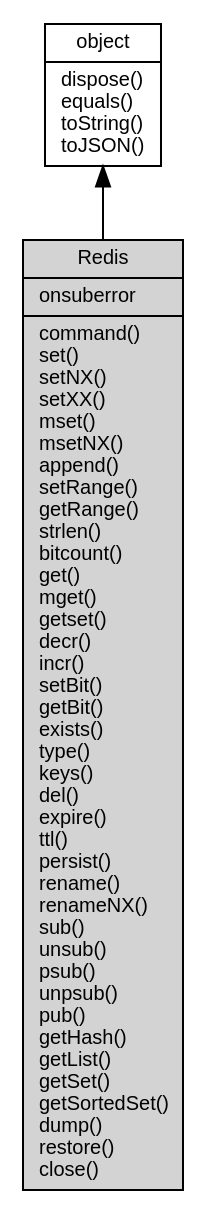
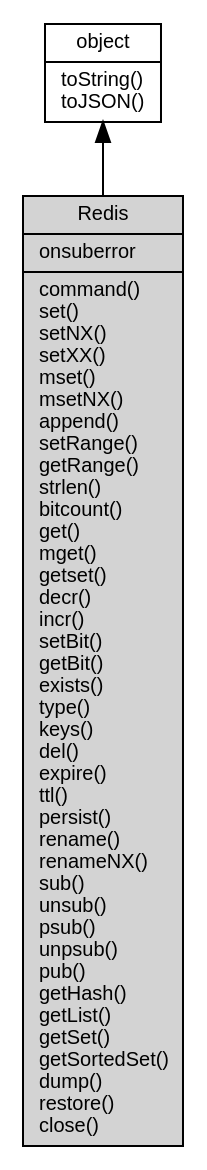
One commit to asionius/fibjs-ceph changed the diagram in docs/object/ifs/Redis.md. Above: the diagram before and after it, drawn with Graphviz. The commit also changed other lines of this file and 138 other files, not shown here.

````diff
--- a/docs/object/ifs/Redis.md
+++ b/docs/object/ifs/Redis.md
@@ -12,10 +12,10 @@
 ```dot
 digraph {
     node [fontname="Helvetica,sans-Serif", fontsize=10, shape="record", style="filled", fillcolor="white"];
 
-    object [tooltip="object", URL="object.md", label="{object|dispose()\lequals()\ltoString()\ltoJSON()\l}"];
-    Redis [tooltip="Redis", fillcolor="lightgray", label="{Redis|onsuberror\l|command()\lset()\lsetNX()\lsetXX()\lmset()\lmsetNX()\lappend()\lsetRange()\lgetRange()\lstrlen()\lbitcount()\lget()\lmget()\lgetset()\ldecr()\lincr()\lsetBit()\lgetBit()\lexists()\ltype()\lkeys()\ldel()\lexpire()\lttl()\lpersist()\lrename()\lrenameNX()\lsub()\lunsub()\lpsub()\lunpsub()\lpub()\lgetHash()\lgetList()\lgetSet()\lgetSortedSet()\ldump()\lrestore()\lclose()\l}"];
+    object [tooltip="object", URL="object.md", label="{object|toString()\ltoJSON()\l}"];
+    Redis [tooltip="Redis", fillcolor="lightgray", id="me", label="{Redis|onsuberror\l|command()\lset()\lsetNX()\lsetXX()\lmset()\lmsetNX()\lappend()\lsetRange()\lgetRange()\lstrlen()\lbitcount()\lget()\lmget()\lgetset()\ldecr()\lincr()\lsetBit()\lgetBit()\lexists()\ltype()\lkeys()\ldel()\lexpire()\lttl()\lpersist()\lrename()\lrenameNX()\lsub()\lunsub()\lpsub()\lunpsub()\lpub()\lgetHash()\lgetList()\lgetSet()\lgetSortedSet()\ldump()\lrestore()\lclose()\l}"];
 
     object -> Redis [dir=back];
 }
 ```
````
